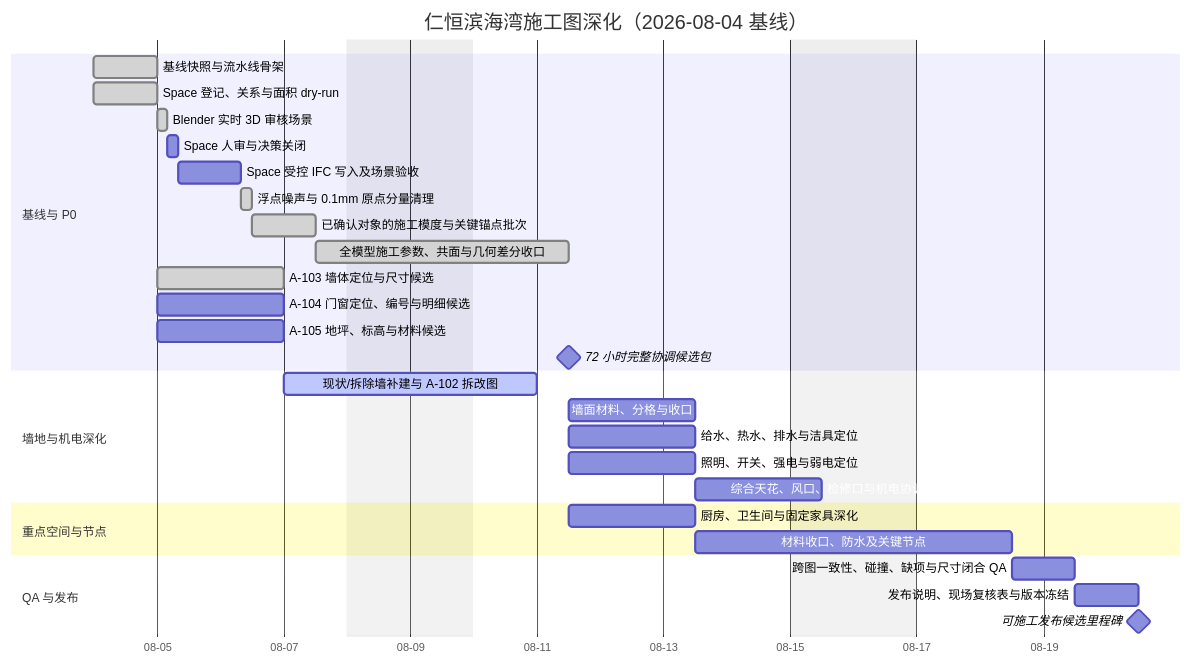
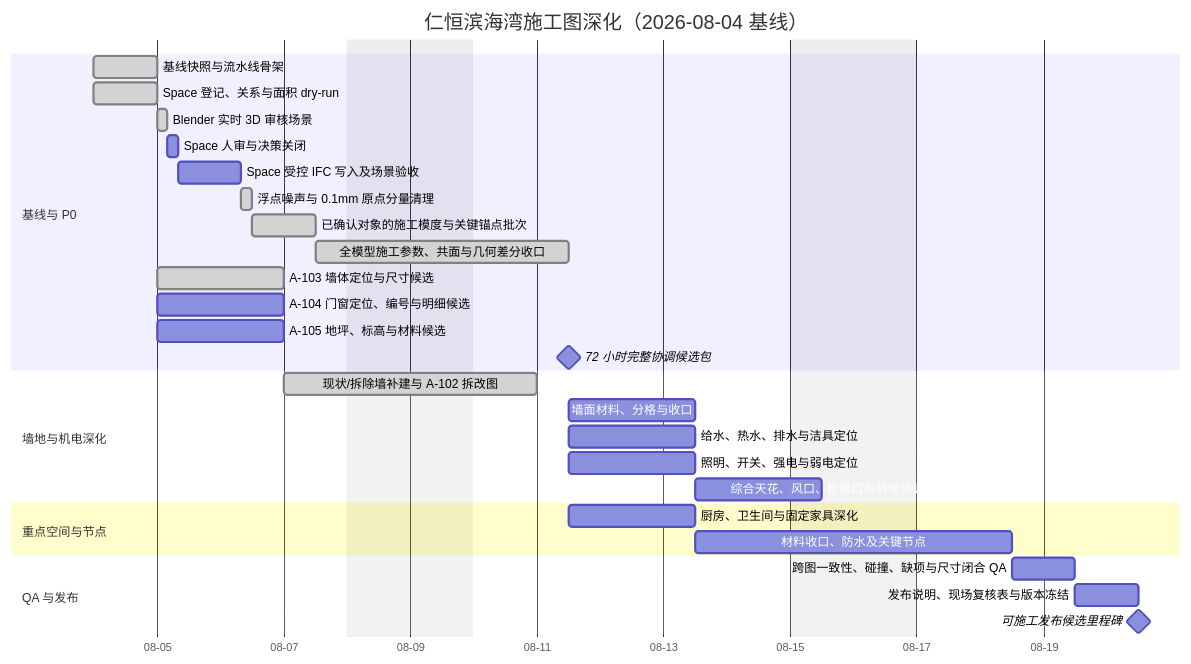
Before and after one commit to Weihan96/2504-GBTB-Yanlord-Zhuhai: the diagram in drawings/滨海湾装修施工图深化工作管理.md, drawn with Mermaid. The commit also changed other lines of this file and 15 other files, not shown here.

````diff
--- a/drawings/滨海湾装修施工图深化工作管理.md
+++ b/drawings/滨海湾装修施工图深化工作管理.md
@@ -64,37 +64,37 @@
 ```mermaid
 gantt
     title 仁恒滨海湾施工图深化（2026-08-04 基线）
     dateFormat  YYYY-MM-DD
     axisFormat  %m-%d
     excludes    weekends
 
     section 基线与 P0
     基线快照与流水线骨架                 :done, M000, 2026-08-04, 1d
     Space 登记、关系与面积 dry-run       :done, S001, 2026-08-04, 1d
     Blender 实时 3D 审核场景              :done, S002A, after S001, 4h
     Space 人审与决策关闭                 :S002, after S002A, 4h
     Space 受控 IFC 写入及场景验收         :S003, after S002, 1d
     浮点噪声与 0.1mm 原点分量清理          :done, C001, after S003, 4h
     已确认对象的施工模度与关键锚点批次       :done, C002, after C001, 1d
     全模型施工参数、共面与几何差分收口       :done, C003, after C002, 2d
     A-103 墙体定位与尺寸候选              :done, A103, after S001, 2d
     A-104 门窗定位、编号与明细候选         :A104, after S001, 2d
     A-105 地坪、标高与材料候选             :A105, after S001, 2d
     72 小时完整协调候选包                 :milestone, M072, after C003 A103 A104 A105, 0d
 
     section 墙地与机电深化
-    现状/拆除墙补建与 A-102 拆改图         :active, A102, after A103, 2d
+    现状/拆除墙补建与 A-102 拆改图         :done, A102, after A103, 2d
     墙面材料、分格与收口                  :WFIN, after M072, 2d
     给水、热水、排水与洁具定位             :PLUM, after M072, 2d
     照明、开关、强电与弱电定位             :ELEC, after M072, 2d
     综合天花、风口、检修口与机电协调        :RCP1, after ELEC, 2d
 
     section 重点空间与节点
     厨房、卫生间与固定家具深化             :INT1, after M072, 2d
     材料收口、防水及关键节点               :DET1, after INT1, 3d
 
     section QA 与发布
     跨图一致性、碰撞、缺项与尺寸闭合 QA     :QA01, after RCP1 DET1 WFIN PLUM, 1d
     发布说明、现场复核表与版本冻结           :REL1, after QA01, 1d
     可施工发布候选里程碑                   :milestone, MREL, after REL1, 0d
 ```
````
